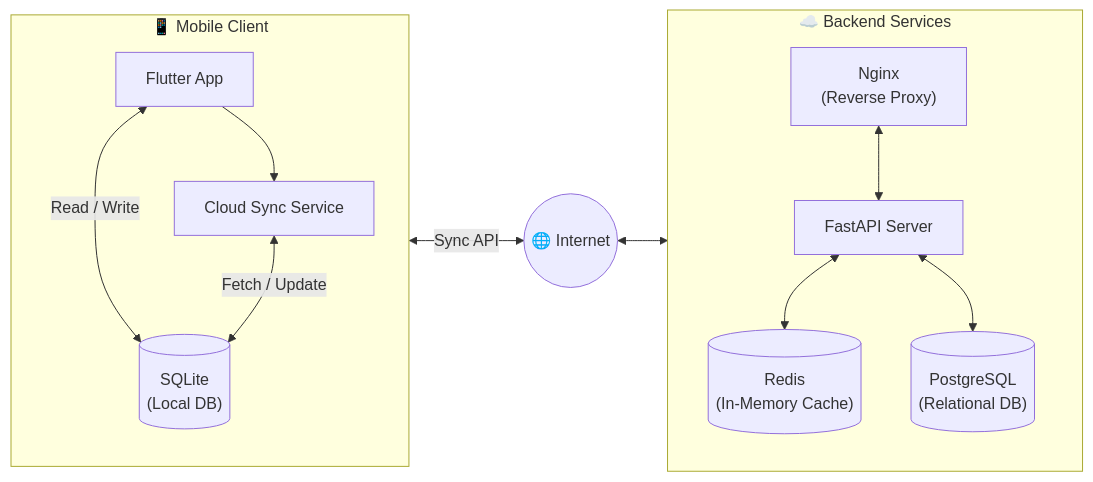
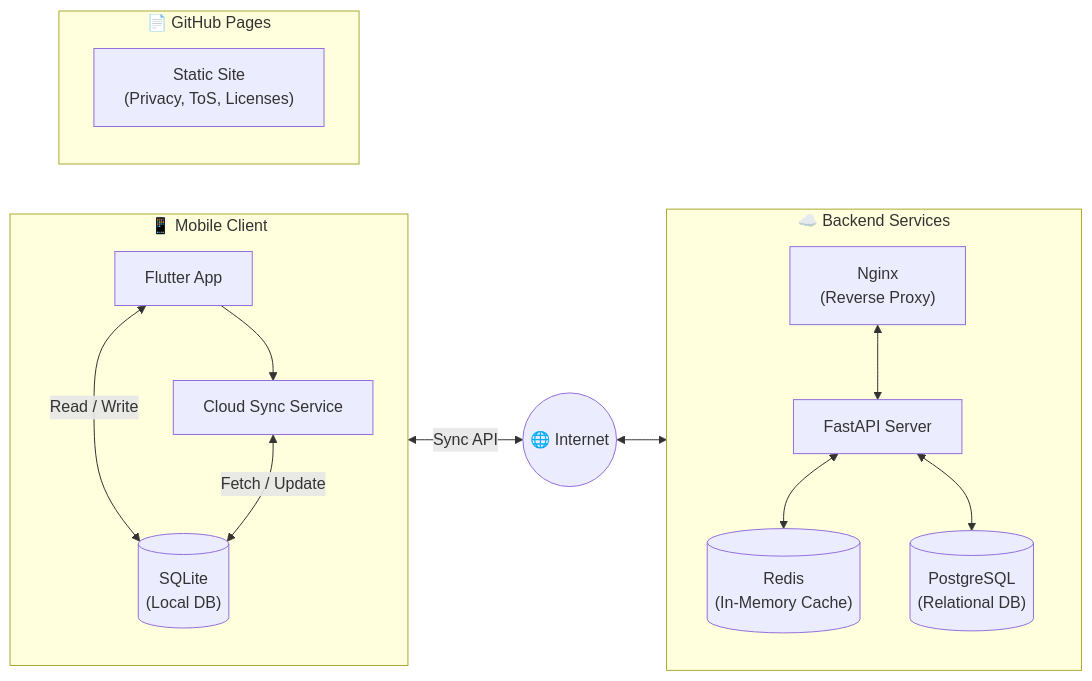
The first of 2 diagrams in README.md (bingyangchen/leechai), drawn with Mermaid before and after one commit. The commit also changed other lines of this file and 2 other files, not shown here.

````diff
--- a/README.md
+++ b/README.md
@@ -12,30 +14,35 @@
 ```mermaid
 flowchart LR
     subgraph Mobile["📱 Mobile Client"]
         direction TB
         App["Flutter App"]
         LocalDB[("SQLite<br/>(Local DB)")]
         SyncService["Cloud Sync Service"]
 
         App <-->|Read / Write| LocalDB
         App --> SyncService
         SyncService <-->|Fetch / Update| LocalDB
     end
 
     Internet(("🌐 Internet"))
 
     subgraph Backend["☁️ Backend Services"]
         direction TB
         Proxy["Nginx<br/>(Reverse Proxy)"]
         API["FastAPI Server"]
         Cache[("Redis<br/>(In-Memory Cache)")]
         DB[("PostgreSQL<br/>(Relational DB)")]
 
         Proxy <--> API
         API <--> Cache
         API <--> DB
     end
 
+    subgraph GitHubPages["📄 GitHub Pages"]
+        direction TB
+        StaticSite["Static Site<br/>(Privacy, ToS, Licenses)"]
+    end
+
     SyncService <-->|Sync API| Internet
     Internet <--> Proxy
 ```
````
